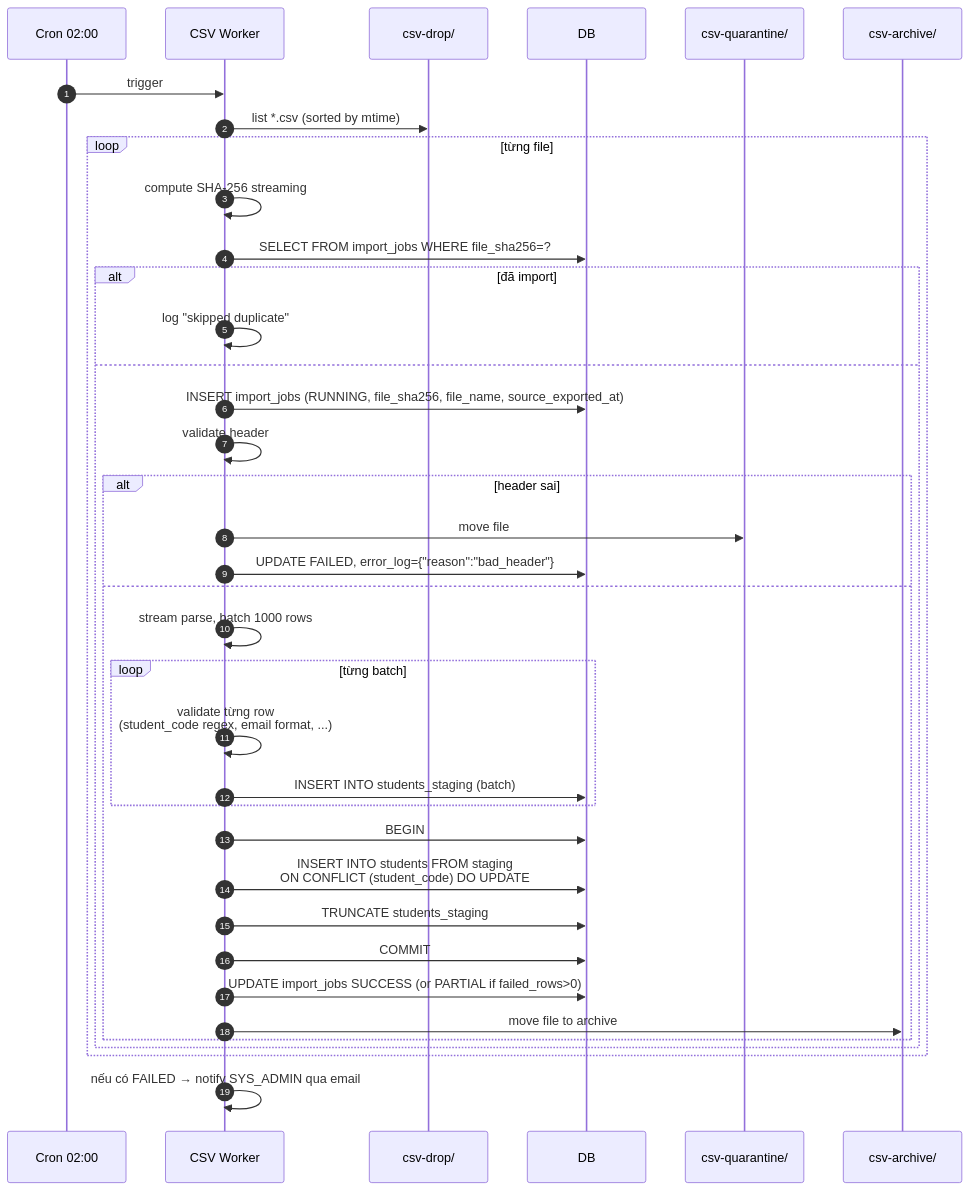
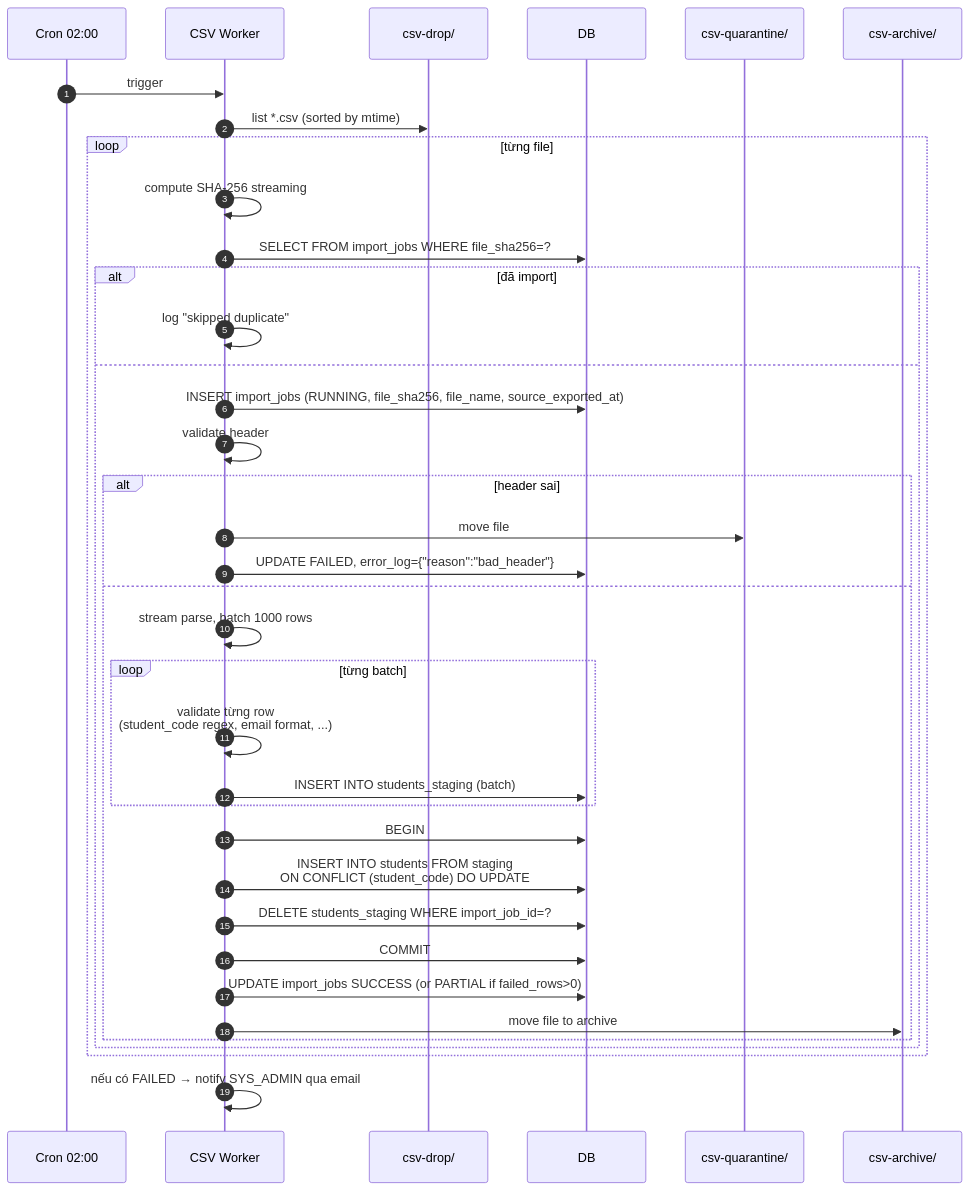
Before and after one commit to ThangTo/UniHub-Workshop: the diagram in blueprint/specs/csv-sync.md, drawn with Mermaid. The commit also changed other lines of this file and 11 other files, not shown here.

````diff
--- a/blueprint/specs/csv-sync.md
+++ b/blueprint/specs/csv-sync.md
@@ -33,40 +33,40 @@
 ```mermaid
 sequenceDiagram
     autonumber
     participant Cron as Cron 02:00
     participant W as CSV Worker
     participant FS as csv-drop/
     participant DB
     participant Q as csv-quarantine/
     participant A as csv-archive/
 
     Cron->>W: trigger
     W->>FS: list *.csv (sorted by mtime)
     loop từng file
         W->>W: compute SHA-256 streaming
         W->>DB: SELECT FROM import_jobs WHERE file_sha256=?
         alt đã import
             W->>W: log "skipped duplicate"
         else
             W->>DB: INSERT import_jobs (RUNNING, file_sha256, file_name, source_exported_at)
             W->>W: validate header
             alt header sai
                 W->>Q: move file
                 W->>DB: UPDATE FAILED, error_log={"reason":"bad_header"}
             else
                 W->>W: stream parse, batch 1000 rows
                 loop từng batch
                     W->>W: validate từng row<br/>(student_code regex, email format, ...)
                     W->>DB: INSERT INTO students_staging (batch)
                 end
                 W->>DB: BEGIN
                 W->>DB: INSERT INTO students FROM staging<br/>ON CONFLICT (student_code) DO UPDATE
-                W->>DB: TRUNCATE students_staging
+                W->>DB: DELETE students_staging WHERE import_job_id=?
                 W->>DB: COMMIT
                 W->>DB: UPDATE import_jobs SUCCESS (or PARTIAL if failed_rows>0)
                 W->>A: move file to archive
             end
         end
     end
     W->>W: nếu có FAILED → notify SYS_ADMIN qua email
 ```
````
